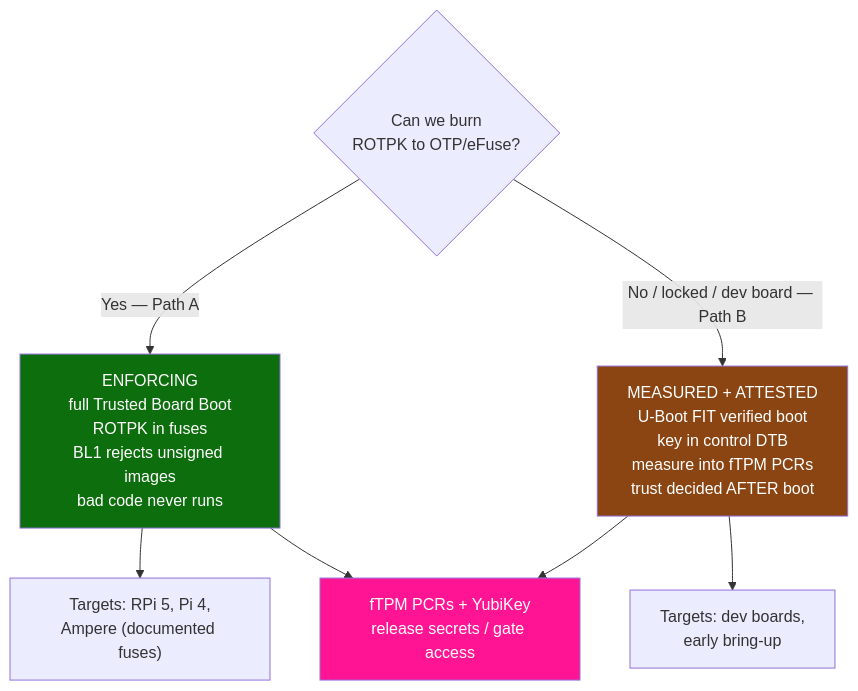
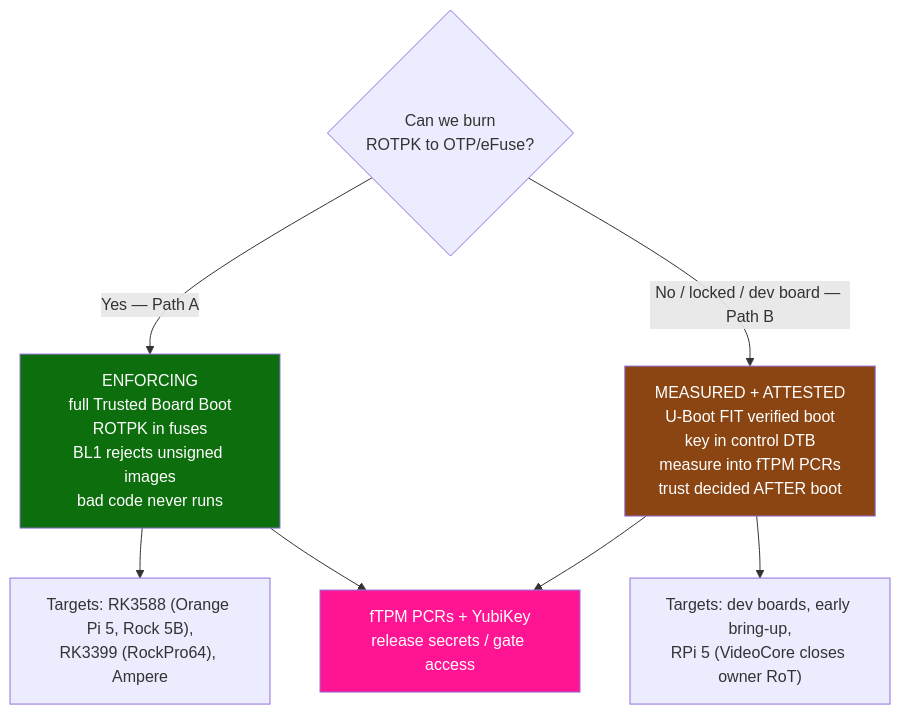
Before and after one commit to corning-croak-cable/yubiOS: the eighth of 8 diagrams in ARCHITECTURE.md, drawn with Mermaid.

Commit message:
docs(arch): update diagram 7b Path A/B target labels (RK3588/RK3399 vs RPi 5)

````diff
--- a/ARCHITECTURE.md
+++ b/ARCHITECTURE.md
@@ -232,17 +232,17 @@
 ```mermaid
 graph TD
     Q{Can we burn\nROTPK to OTP/eFuse?}
 
     Q -->|Yes — Path A| A["ENFORCING\nfull Trusted Board Boot\nROTPK in fuses\nBL1 rejects unsigned images\nbad code never runs"]
     Q -->|No / locked / dev board — Path B| B["MEASURED + ATTESTED\nU-Boot FIT verified boot\nkey in control DTB\nmeasure into fTPM PCRs\ntrust decided AFTER boot"]
 
-    A --> AT["Targets: RPi 5, Pi 4,\nAmpere (documented fuses)"]
-    B --> BT["Targets: dev boards,\nearly bring-up"]
+    A --> AT["Targets: RK3588 (Orange Pi 5, Rock 5B),\nRK3399 (RockPro64), Ampere"]
+    B --> BT["Targets: dev boards, early bring-up,\nRPi 5 (VideoCore closes owner RoT)"]
 
     A --> SEAL["fTPM PCRs + YubiKey\nrelease secrets / gate access"]
     B --> SEAL
 
     style A fill:#0d6e0d,color:#fff
     style B fill:#8b4513,color:#fff
     style SEAL fill:#ff1493,color:#fff
 ```
````
